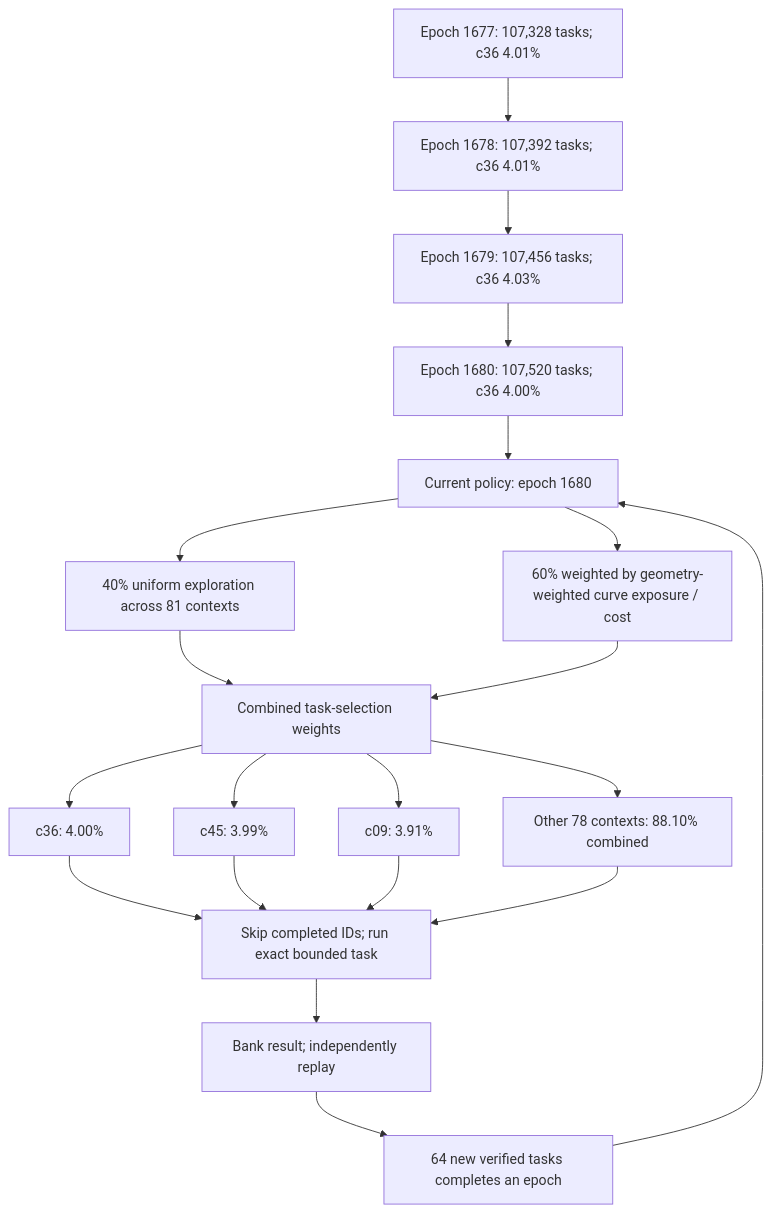
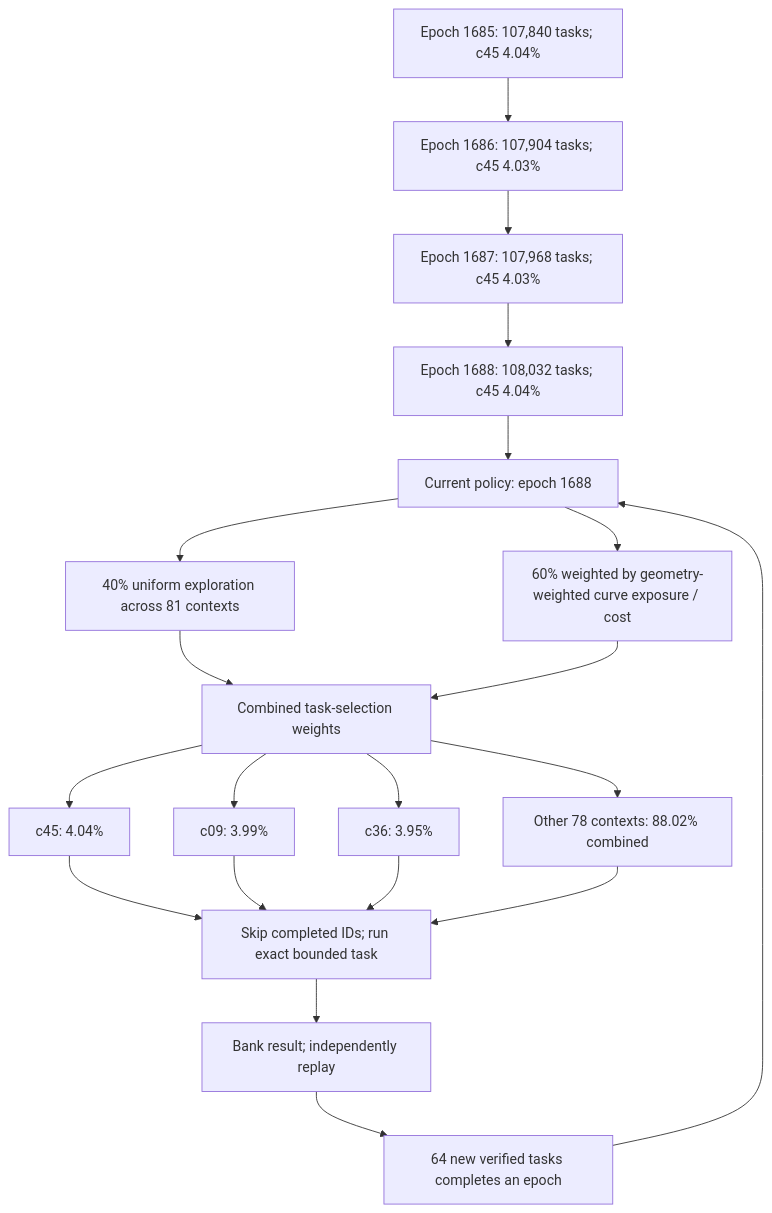
Before and after one commit to Kuberwastaken/math-gambling: the first of 3 diagrams in README.md, drawn with Mermaid. The commit also changed other lines of this file and 1138 other files, not shown here.

````diff
--- a/README.md
+++ b/README.md
@@ -56,27 +56,27 @@
 ```mermaid
 flowchart TD
-    H0["Epoch 1677: 107,328 tasks; c36 4.01%"]
-    H1["Epoch 1678: 107,392 tasks; c36 4.01%"]
+    H0["Epoch 1685: 107,840 tasks; c45 4.04%"]
+    H1["Epoch 1686: 107,904 tasks; c45 4.03%"]
     H0 --> H1
-    H2["Epoch 1679: 107,456 tasks; c36 4.03%"]
+    H2["Epoch 1687: 107,968 tasks; c45 4.03%"]
     H1 --> H2
-    H3["Epoch 1680: 107,520 tasks; c36 4.00%"]
+    H3["Epoch 1688: 108,032 tasks; c45 4.04%"]
     H2 --> H3
-    Policy["Current policy: epoch 1680"]
+    Policy["Current policy: epoch 1688"]
     H3 --> Policy
     Policy --> Explore["40% uniform exploration across 81 contexts"]
     Policy --> Cost["60% weighted by geometry-weighted curve exposure / cost"]
     Explore --> Mix["Combined task-selection weights"]
     Cost --> Mix
-    Mix --> C0["c36: 4.00%"]
-    Mix --> C1["c45: 3.99%"]
-    Mix --> C2["c09: 3.91%"]
-    Mix --> Rest["Other 78 contexts: 88.10% combined"]
+    Mix --> C0["c45: 4.04%"]
+    Mix --> C1["c09: 3.99%"]
+    Mix --> C2["c36: 3.95%"]
+    Mix --> Rest["Other 78 contexts: 88.02% combined"]
     C0 --> Check["Skip completed IDs; run exact bounded task"]
     C1 --> Check
     C2 --> Check
     Rest --> Check
     Check --> Replay["Bank result; independently replay"]
     Replay --> Gate["64 new verified tasks completes an epoch"]
     Gate --> Policy
 ```
````
